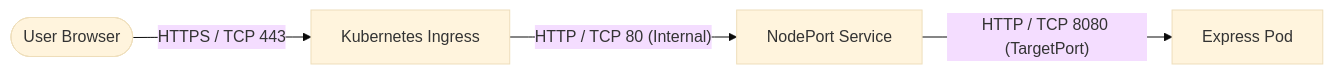
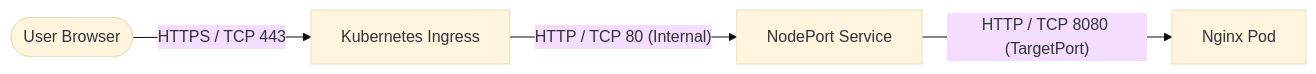
The second of 2 diagrams in README.md (wdufrin/Backup_Restore_App), drawn with Mermaid (base theme) before and after one commit. The commit also changed other lines of this file and 1 other file, not shown here.

Commit message:
refactor: remove Express backend to transform application into a fully client-side SPA

````diff
--- a/README.md
+++ b/README.md
@@ -104,6 +91,6 @@
 ```mermaid
 graph LR
     User([User Browser]) -- "HTTPS / TCP 443" --> Ingress[Kubernetes Ingress]
     Ingress -- "HTTP / TCP 80 (Internal)" --> Service[NodePort Service]
-    Service -- "HTTP / TCP 8080 (TargetPort)" --> Pod[Express Pod]
+    Service -- "HTTP / TCP 8080 (TargetPort)" --> Pod[Nginx Pod]
 ```
````
